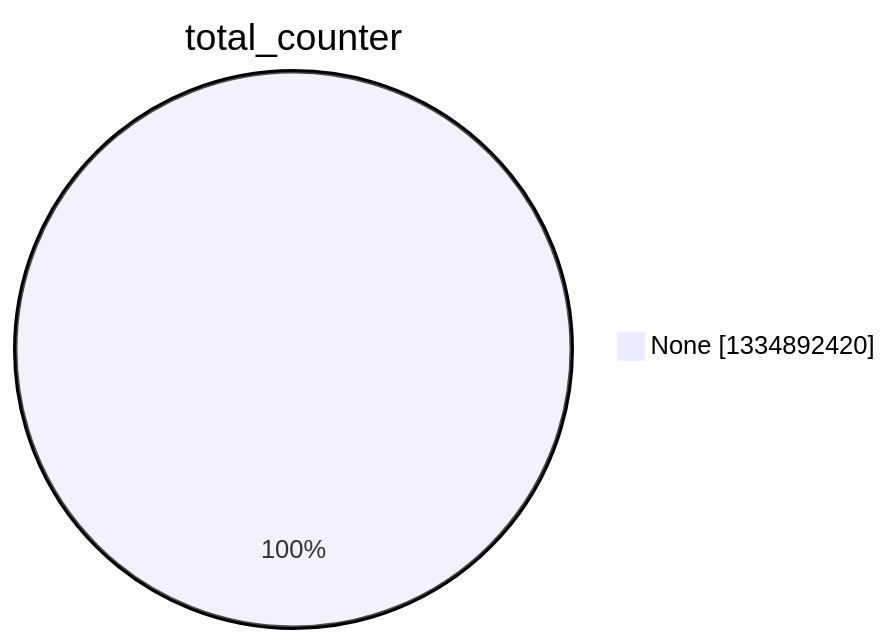
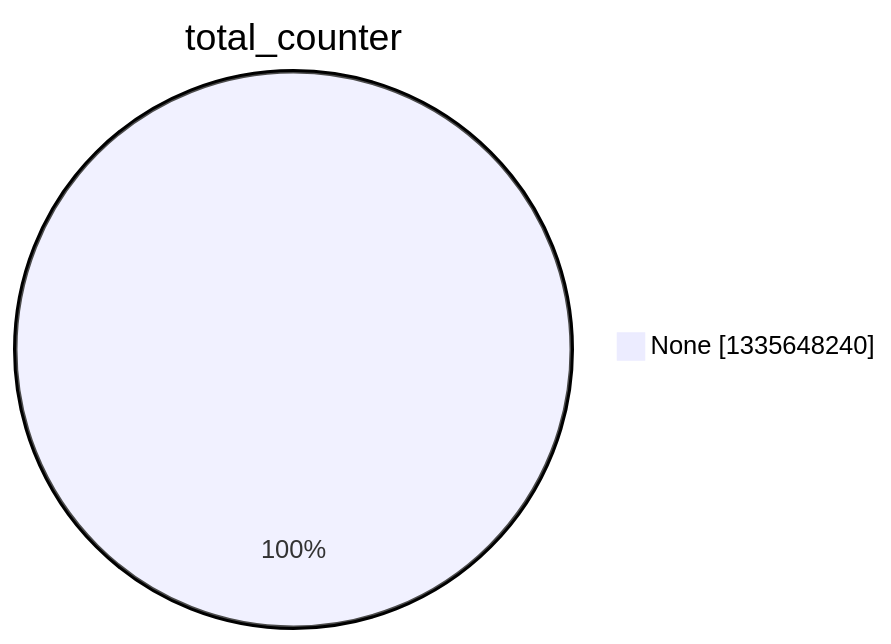
One commit to christiankrug/ctmonitor_visualization changed the second of 15 diagrams in argon2022/README.md. Above: the diagram before and after it, drawn with Mermaid. The commit also changed other lines of this file, not shown here.

````diff
--- a/argon2022/README.md
+++ b/argon2022/README.md
@@ -9,5 +9,5 @@
 ```mermaid
 pie showData
 title total_counter
-"None" :1334892420
+"None" :1335648240
 ```
````
